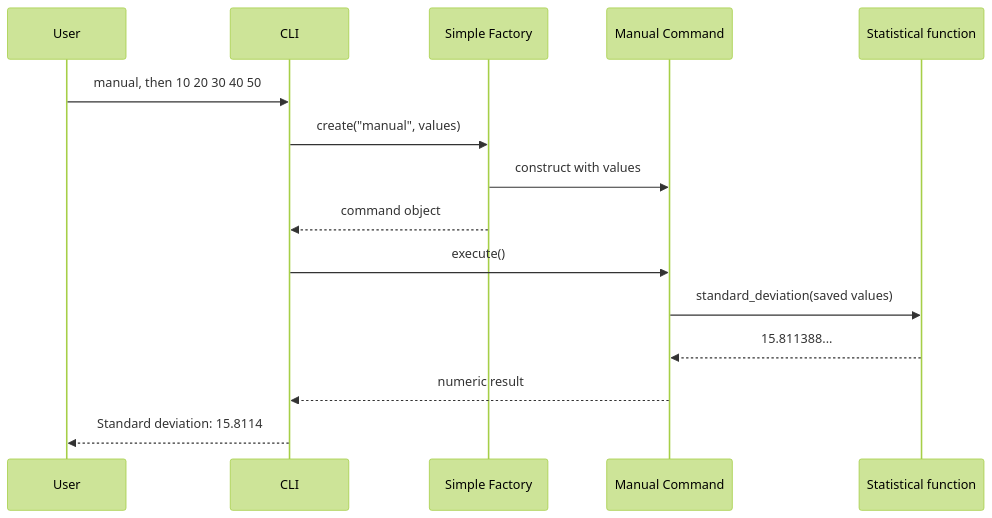
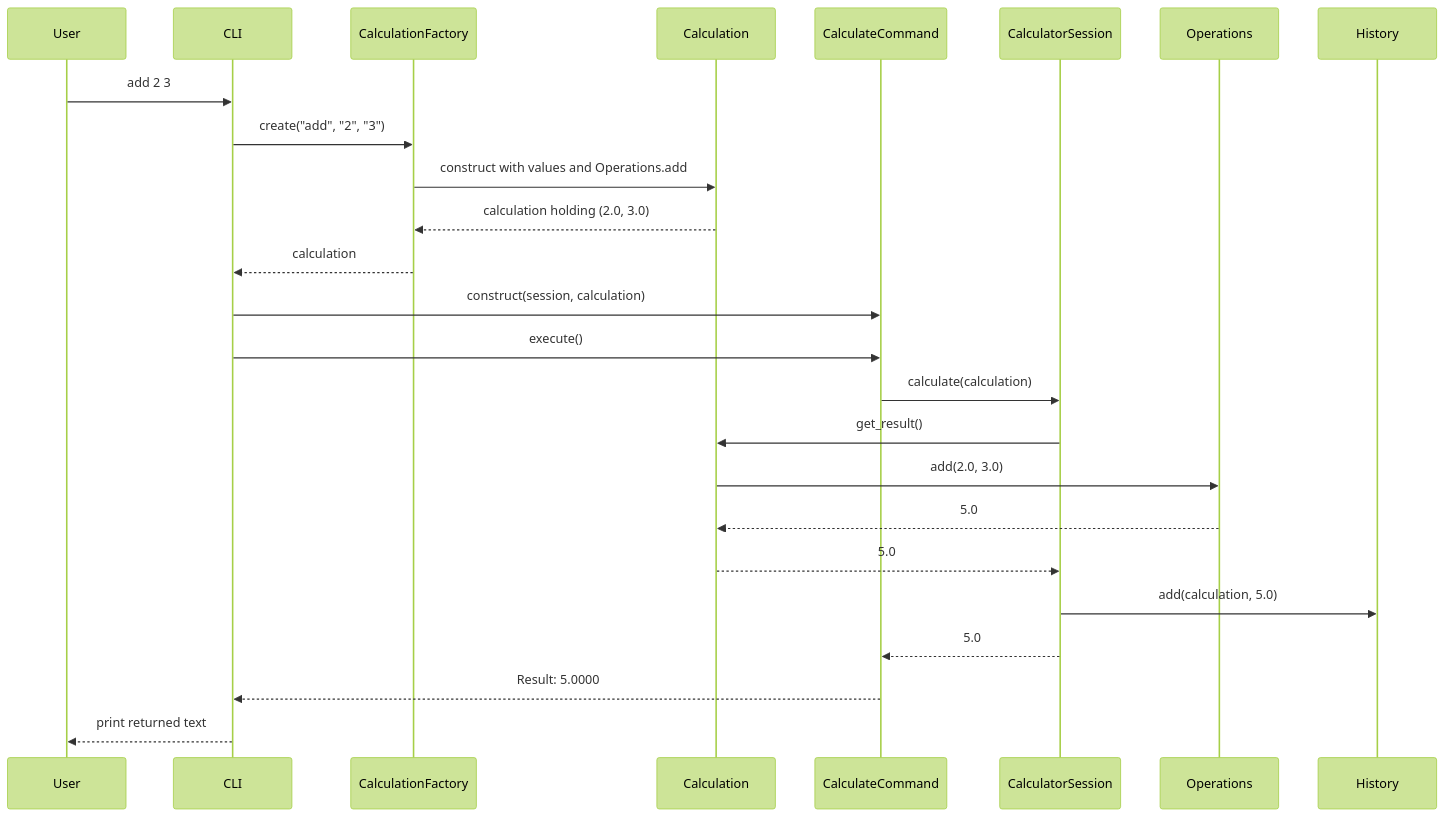
Before and after one commit to kaw393939/is218-command-factory-statistics: the diagram in docs/architecture.md, drawn with Mermaid (forest theme). The commit also changed other lines of this file and 166 other files, not shown here.

````diff
--- a/docs/architecture.md
+++ b/docs/architecture.md
@@ -15,17 +26,27 @@
 ```mermaid
 sequenceDiagram
     participant U as User
-    participant C as CLI
-    participant F as Simple Factory
-    participant M as Manual Command
-    participant S as Statistical function
-    U->>C: manual, then 10 20 30 40 50
-    C->>F: create("manual", values)
-    F->>M: construct with values
-    F-->>C: command object
-    C->>M: execute()
-    M->>S: standard_deviation(saved values)
-    S-->>M: 15.811388...
-    M-->>C: numeric result
-    C-->>U: Standard deviation: 15.8114
+    participant CLI as CLI
+    participant F as CalculationFactory
+    participant C as Calculation
+    participant Cmd as CalculateCommand
+    participant S as CalculatorSession
+    participant O as Operations
+    participant H as History
+    U->>CLI: add 2 3
+    CLI->>F: create("add", "2", "3")
+    F->>C: construct with values and Operations.add
+    C-->>F: calculation holding (2.0, 3.0)
+    F-->>CLI: calculation
+    CLI->>Cmd: construct(session, calculation)
+    CLI->>Cmd: execute()
+    Cmd->>S: calculate(calculation)
+    S->>C: get_result()
+    C->>O: add(2.0, 3.0)
+    O-->>C: 5.0
+    C-->>S: 5.0
+    S->>H: add(calculation, 5.0)
+    S-->>Cmd: 5.0
+    Cmd-->>CLI: Result: 5.0000
+    CLI-->>U: print returned text
 ```
````
